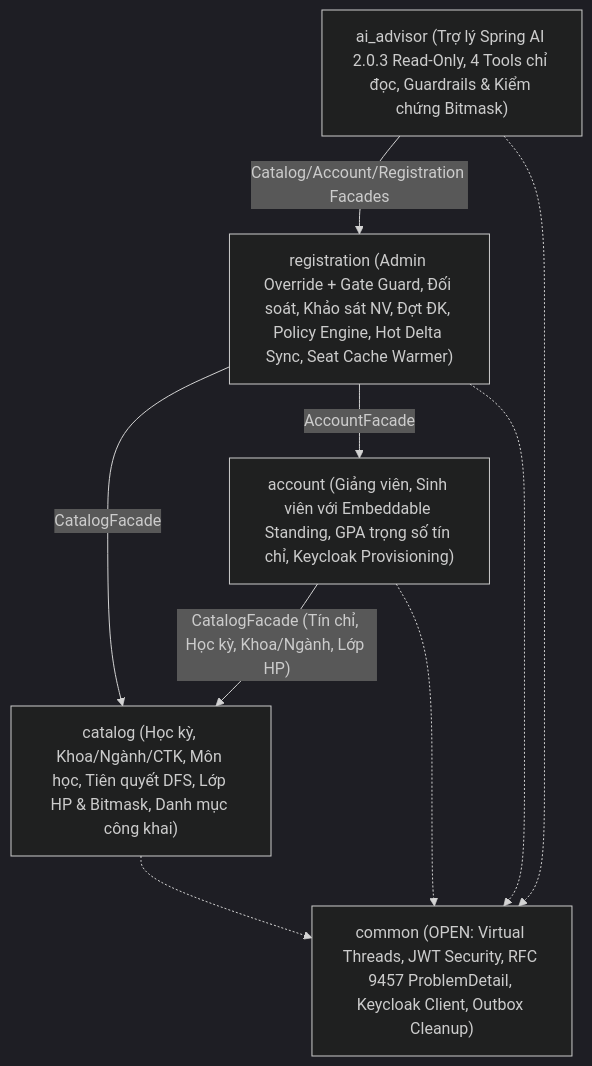
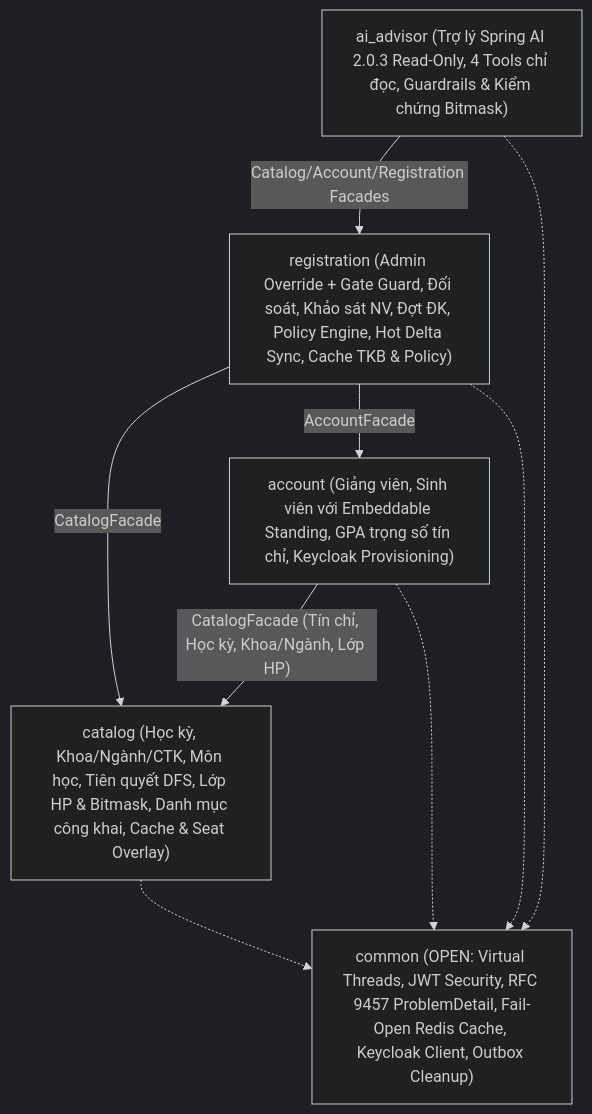
Before and after one commit to D3etMe4n/unieee: the first of 3 diagrams in guides/vi/architecture.md, drawn with Mermaid (dark theme). The commit also changed other lines of this file and 13 other files, not shown here.

Commit message:
docs(guides): document Kafka enrollment outcomes, hot-path read split, and core-java read-through cache

````diff
--- a/guides/vi/architecture.md
+++ b/guides/vi/architecture.md
@@ -26,18 +26,18 @@
 ```mermaid
 flowchart TB
-    common["common (OPEN: Virtual Threads, JWT Security, RFC 9457 ProblemDetail, Keycloak Client, Outbox Cleanup)"]
-    catalog["catalog (Học kỳ, Khoa/Ngành/CTK, Môn học, Tiên quyết DFS, Lớp HP & Bitmask, Danh mục công khai)"]
+    common["common (OPEN: Virtual Threads, JWT Security, RFC 9457 ProblemDetail, Fail-Open Redis Cache, Keycloak Client, Outbox Cleanup)"]
+    catalog["catalog (Học kỳ, Khoa/Ngành/CTK, Môn học, Tiên quyết DFS, Lớp HP & Bitmask, Danh mục công khai, Cache & Seat Overlay)"]
     account["account (Giảng viên, Sinh viên với Embeddable Standing, GPA trọng số tín chỉ, Keycloak Provisioning)"]
-    registration["registration (Admin Override + Gate Guard, Đối soát, Khảo sát NV, Đợt ĐK, Policy Engine, Hot Delta Sync, Seat Cache Warmer)"]
+    registration["registration (Admin Override + Gate Guard, Đối soát, Khảo sát NV, Đợt ĐK, Policy Engine, Hot Delta Sync, Cache TKB & Policy)"]
     ai["ai_advisor (Trợ lý Spring AI 2.0.3 Read-Only, 4 Tools chỉ đọc, Guardrails & Kiểm chứng Bitmask)"]
 
     ai -->|"Catalog/Account/Registration Facades"| registration
     registration -->|"AccountFacade"| account
     registration -->|"CatalogFacade"| catalog
     account -->|"CatalogFacade (Tín chỉ, Học kỳ, Khoa/Ngành, Lớp HP)"| catalog
 
     catalog -.-> common
     account -.-> common
     registration -.-> common
     ai -.-> common
 ```
````
